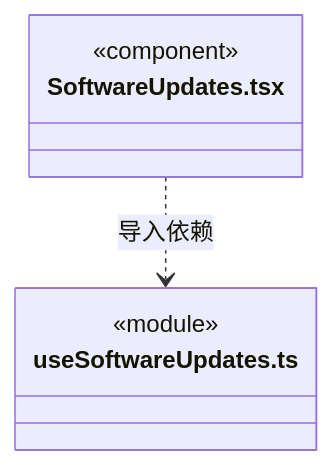
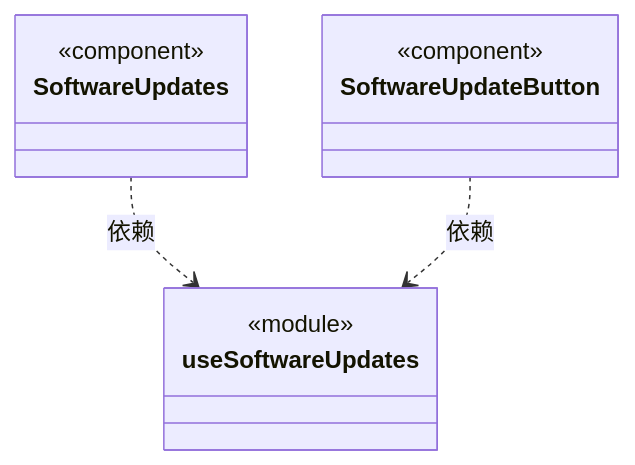
One commit to nan023062/cbim changed the diagram in src/view/updates/ARCHITECTURE.md. Above: the diagram before and after it, drawn with Mermaid. The commit also changed other lines of this file and 158 other files, not shown here.

Commit message:
docs: model architecture through nested virtual encapsulations

````diff
--- a/src/view/updates/ARCHITECTURE.md
+++ b/src/view/updates/ARCHITECTURE.md
@@ -198,10 +21,17 @@
 ```mermaid
 classDiagram
-class N_src_view_updates_SoftwareUpdates_tsx["SoftwareUpdates.tsx"] {
+class N_950fc86018f0["useSoftwareUpdates"] {
+  <<module>>
+}
+click N_950fc86018f0 href "useSoftwareUpdates.ts"
+class N_0d2fec7eca55["SoftwareUpdates"] {
   <<component>>
 }
-class N_src_view_updates_useSoftwareUpdates_ts["useSoftwareUpdates.ts"] {
-  <<module>>
+click N_0d2fec7eca55 href "SoftwareUpdates.tsx"
+class N_bacff42971eb["SoftwareUpdateButton"] {
+  <<component>>
 }
-N_src_view_updates_SoftwareUpdates_tsx ..> N_src_view_updates_useSoftwareUpdates_ts : 导入依赖
+click N_bacff42971eb href "SoftwareUpdateButton.tsx"
+N_0d2fec7eca55 ..> N_950fc86018f0 : 依赖
+N_bacff42971eb ..> N_950fc86018f0 : 依赖
 ```
````
